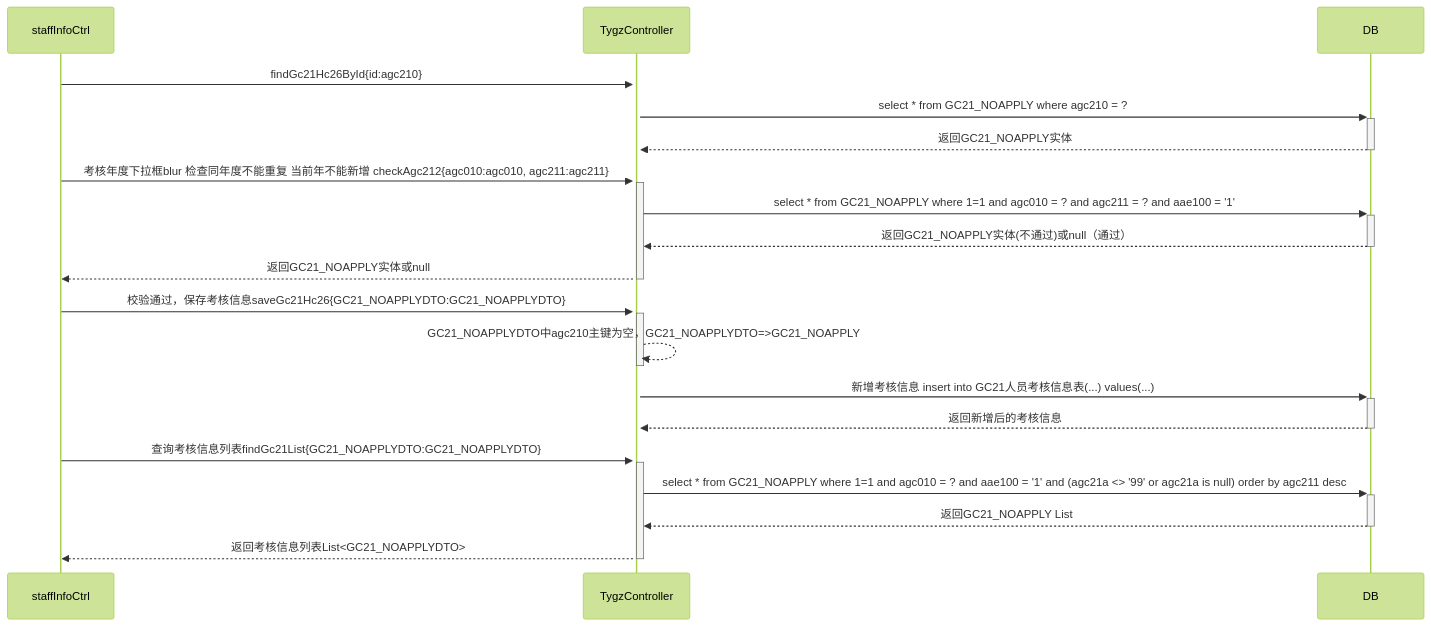
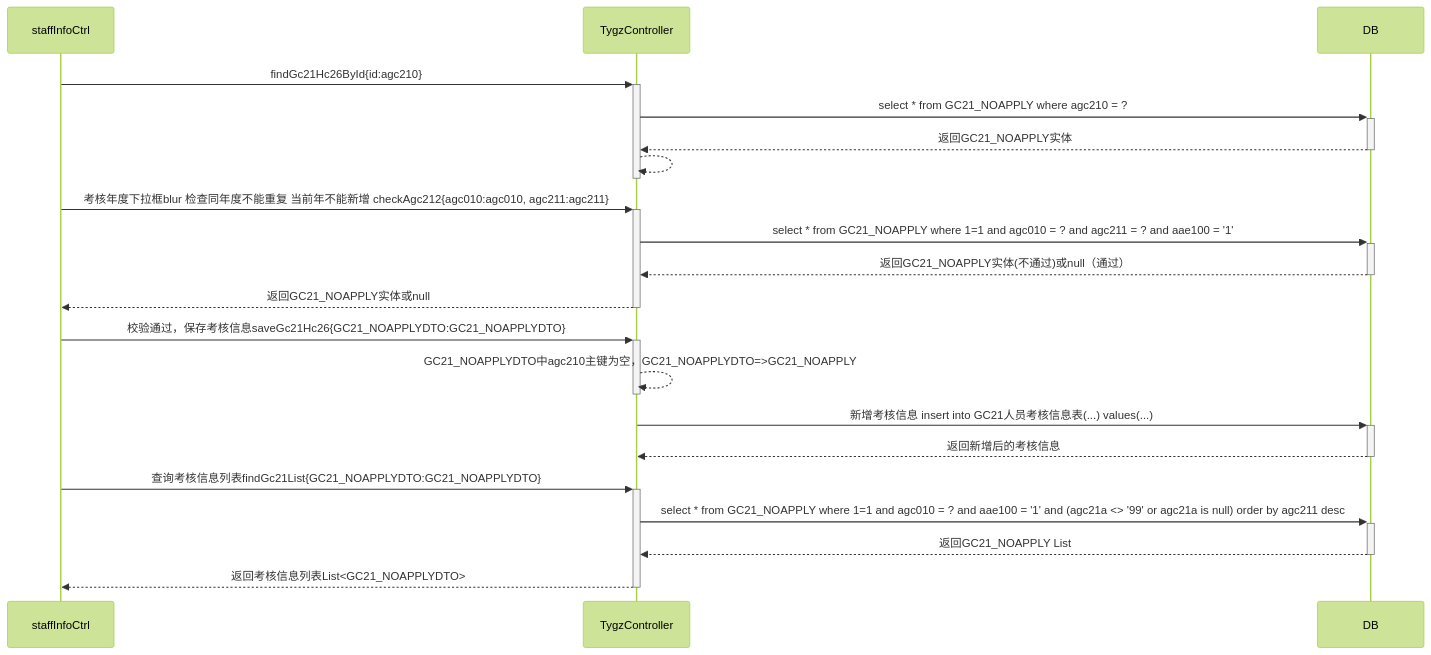
The diagram in all/人员考核信息修改按钮的调用业务流程.md (ZhangJianBeiJing/iodraw-files), drawn with Mermaid (forest theme) before and after one commit.

Commit message:
2025-03-26 09:59:43 update

````diff
--- a/all/人员考核信息修改按钮的调用业务流程.md
+++ b/all/人员考核信息修改按钮的调用业务流程.md
@@ -1,21 +1,21 @@
 ```mermaid
 sequenceDiagram
 
     staffInfoCtrl->>+TygzController:findGc21Hc26ById{id:agc210}
     TygzController->>+DB:select * from GC21_NOAPPLY where agc210 = ?
     DB-->>-TygzController:返回GC21_NOAPPLY实体
-    
+    TygzController-->>-TygzController:
     staffInfoCtrl->>+TygzController:考核年度下拉框blur 检查同年度不能重复 当前年不能新增 checkAgc212{agc010:agc010, agc211:agc211}
     TygzController->>+DB:select * from GC21_NOAPPLY where 1=1 and agc010 = ? and agc211 = ? and aae100 = '1'
     DB-->>-TygzController:返回GC21_NOAPPLY实体(不通过)或null（通过）
     TygzController-->>-staffInfoCtrl:返回GC21_NOAPPLY实体或null
 
     staffInfoCtrl->>+TygzController:校验通过，保存考核信息saveGc21Hc26{GC21_NOAPPLYDTO:GC21_NOAPPLYDTO}
     TygzController-->>-TygzController:GC21_NOAPPLYDTO中agc210主键为空，GC21_NOAPPLYDTO=>GC21_NOAPPLY
     TygzController->>+DB:新增考核信息 insert into GC21人员考核信息表(...) values(...)
     DB-->>-TygzController:返回新增后的考核信息
     staffInfoCtrl->>+TygzController:查询考核信息列表findGc21List{GC21_NOAPPLYDTO:GC21_NOAPPLYDTO}
     TygzController->>+DB:select * from GC21_NOAPPLY where 1=1 and agc010 = ? and aae100 = '1' and (agc21a <> '99' or agc21a is null) order by agc211 desc
     DB-->>-TygzController:返回GC21_NOAPPLY List
     TygzController-->>-staffInfoCtrl:返回考核信息列表List<GC21_NOAPPLYDTO>
 ```
````
